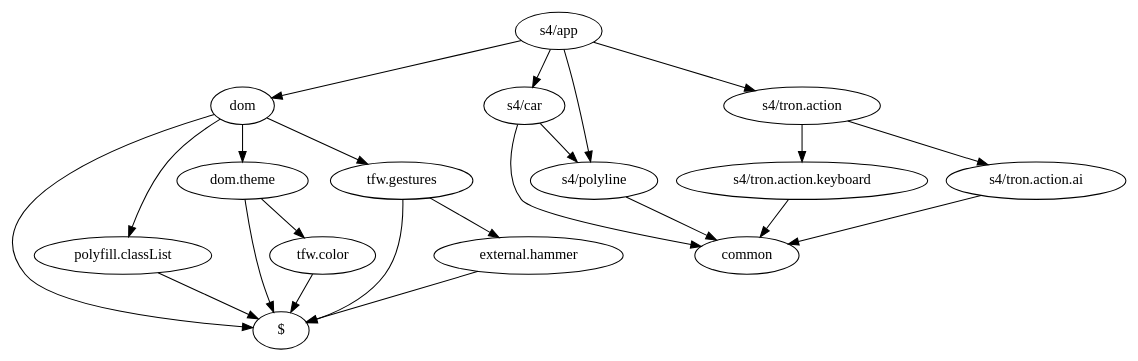
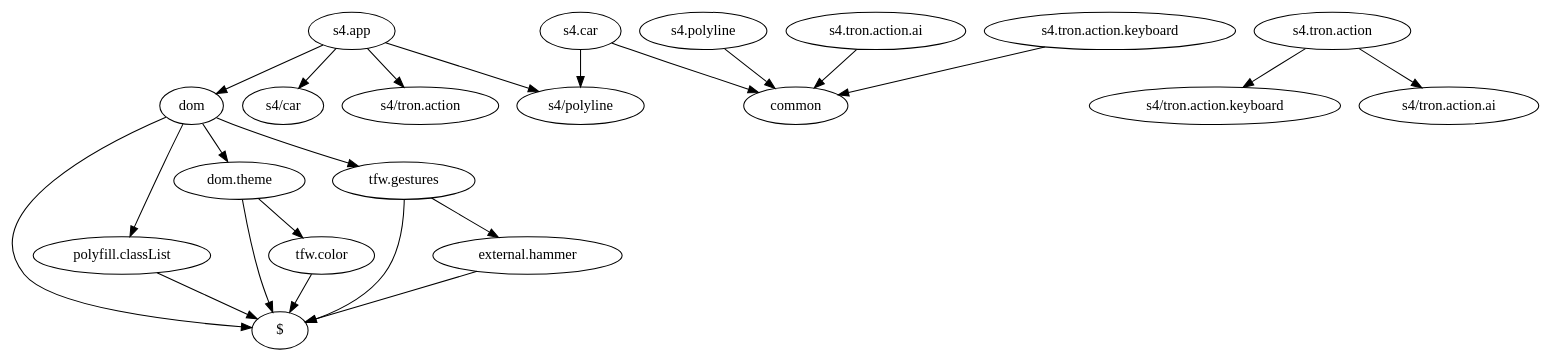
The diagram in doc/s4.html.dot (tolokoban/game-tron), drawn with Graphviz before and after one commit. The commit also changed 48 other files, not shown here.

```diff
--- a/doc/s4.html.dot
+++ b/doc/s4.html.dot
@@ -1,35 +1,35 @@
 digraph dependencies {
-    "s4/app" -> "dom"
+    "s4.app" -> "dom"
 
-    "s4/app" -> "s4/car"
+    "s4.app" -> "s4/car"
 
-    "s4/app" -> "s4/tron.action"
+    "s4.app" -> "s4/tron.action"
 
-    "s4/app" -> "s4/polyline"
-    "s4/polyline" -> "common"
-    "s4/tron.action" -> "s4/tron.action.keyboard"
+    "s4.app" -> "s4/polyline"
+    "s4.polyline" -> "common"
+    "s4.tron.action" -> "s4/tron.action.keyboard"
 
-    "s4/tron.action" -> "s4/tron.action.ai"
-    "s4/tron.action.ai" -> "common"
-    "s4/tron.action.keyboard" -> "common"
-    "s4/car" -> "s4/polyline"
+    "s4.tron.action" -> "s4/tron.action.ai"
+    "s4.tron.action.ai" -> "common"
+    "s4.tron.action.keyboard" -> "common"
+    "s4.car" -> "s4/polyline"
 
-    "s4/car" -> "common"
+    "s4.car" -> "common"
     "dom" -> "$"
 
     "dom" -> "polyfill.classList"
 
     "dom" -> "dom.theme"
 
     "dom" -> "tfw.gestures"
     "tfw.gestures" -> "$"
 
     "tfw.gestures" -> "external.hammer"
     "external.hammer" -> "$"
     "dom.theme" -> "$"
 
     "dom.theme" -> "tfw.color"
     "tfw.color" -> "$"
     "polyfill.classList" -> "$"
 
 }
```
